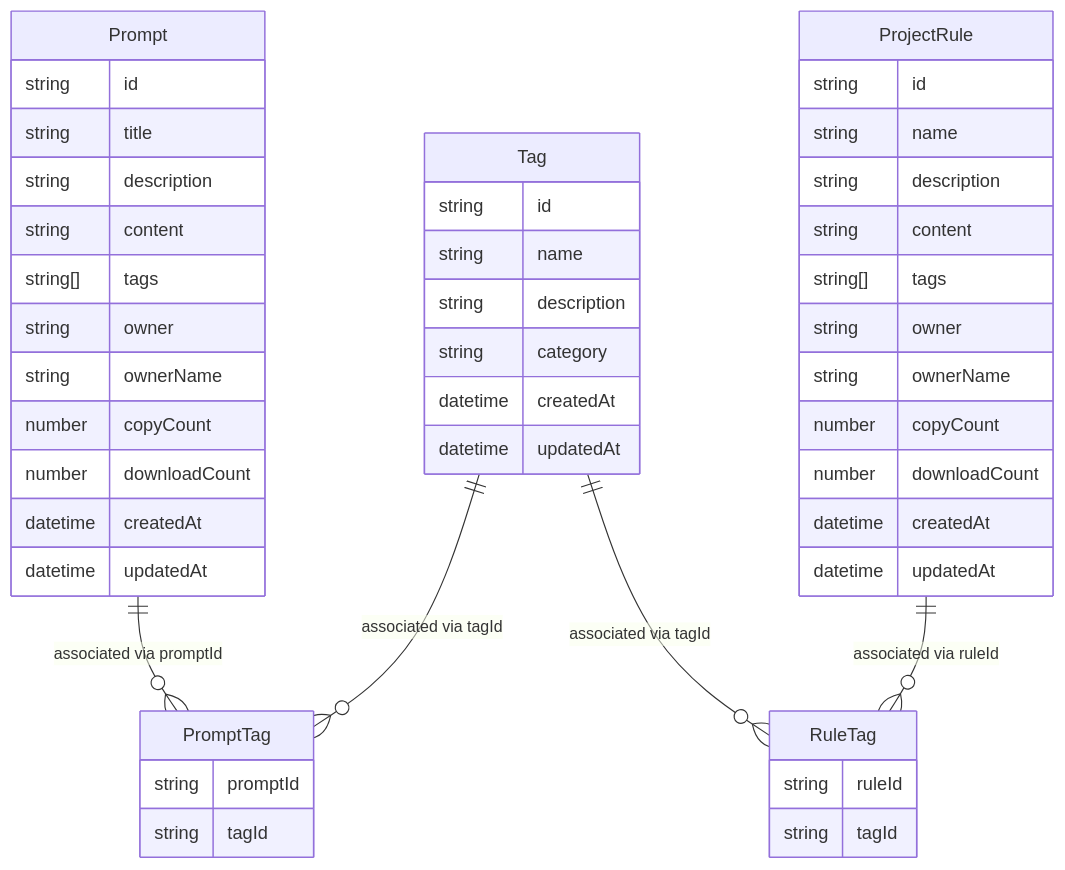
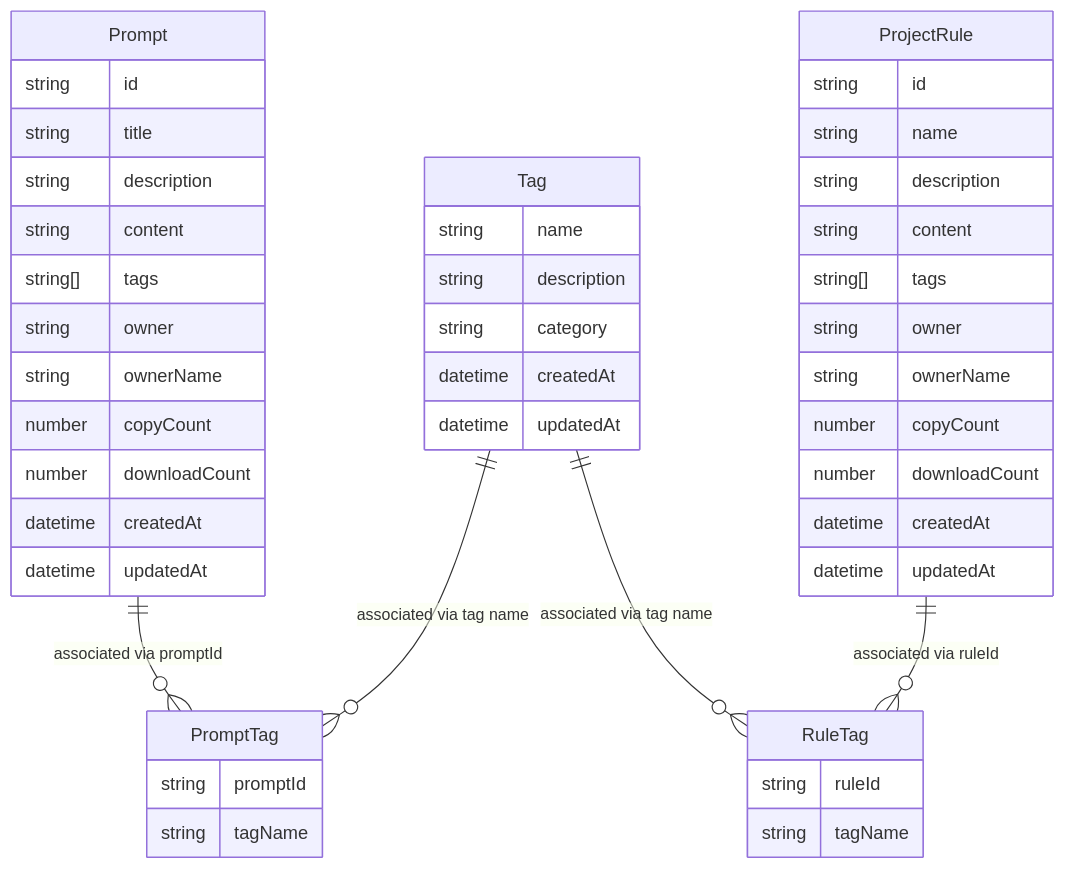
Before and after one commit to cremich/promptz: the first of 2 diagrams in docs/specs/tag-management/spec.md, drawn with Mermaid. The commit also changed other lines of this file and 2 other files, not shown here.

First line of the commit message:
feat(data): update tag model to use name as identifier

````diff
--- a/docs/specs/tag-management/spec.md
+++ b/docs/specs/tag-management/spec.md
@@ -143,49 +143,48 @@
 ```mermaid
 erDiagram
     Tag {
-        string id
         string name
         string description
         string category
         datetime createdAt
         datetime updatedAt
     }
     Prompt {
         string id
         string title
         string description
         string content
         string[] tags
         string owner
         string ownerName
         number copyCount
         number downloadCount
         datetime createdAt
         datetime updatedAt
     }
     ProjectRule {
         string id
         string name
         string description
         string content
         string[] tags
         string owner
         string ownerName
         number copyCount
         number downloadCount
         datetime createdAt
         datetime updatedAt
     }
     PromptTag {
         string promptId
-        string tagId
+        string tagName
     }
     RuleTag {
         string ruleId
-        string tagId
+        string tagName
     }
     Prompt ||--o{ PromptTag : "associated via promptId"
     ProjectRule ||--o{ RuleTag : "associated via ruleId"
-    Tag ||--o{ PromptTag : "associated via tagId"
-    Tag ||--o{ RuleTag : "associated via tagId"
+    Tag ||--o{ PromptTag : "associated via tag name"
+    Tag ||--o{ RuleTag : "associated via tag name"
 ```
````
